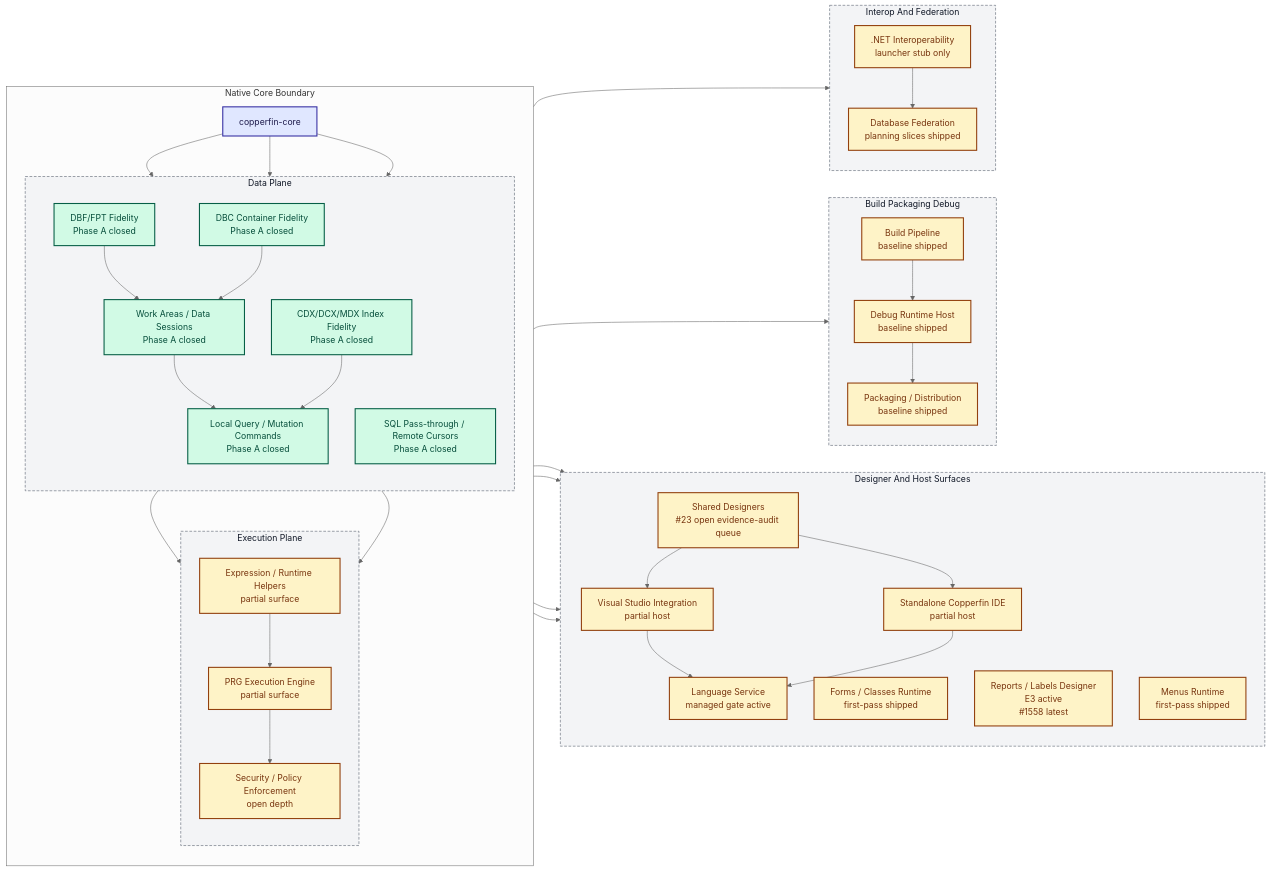
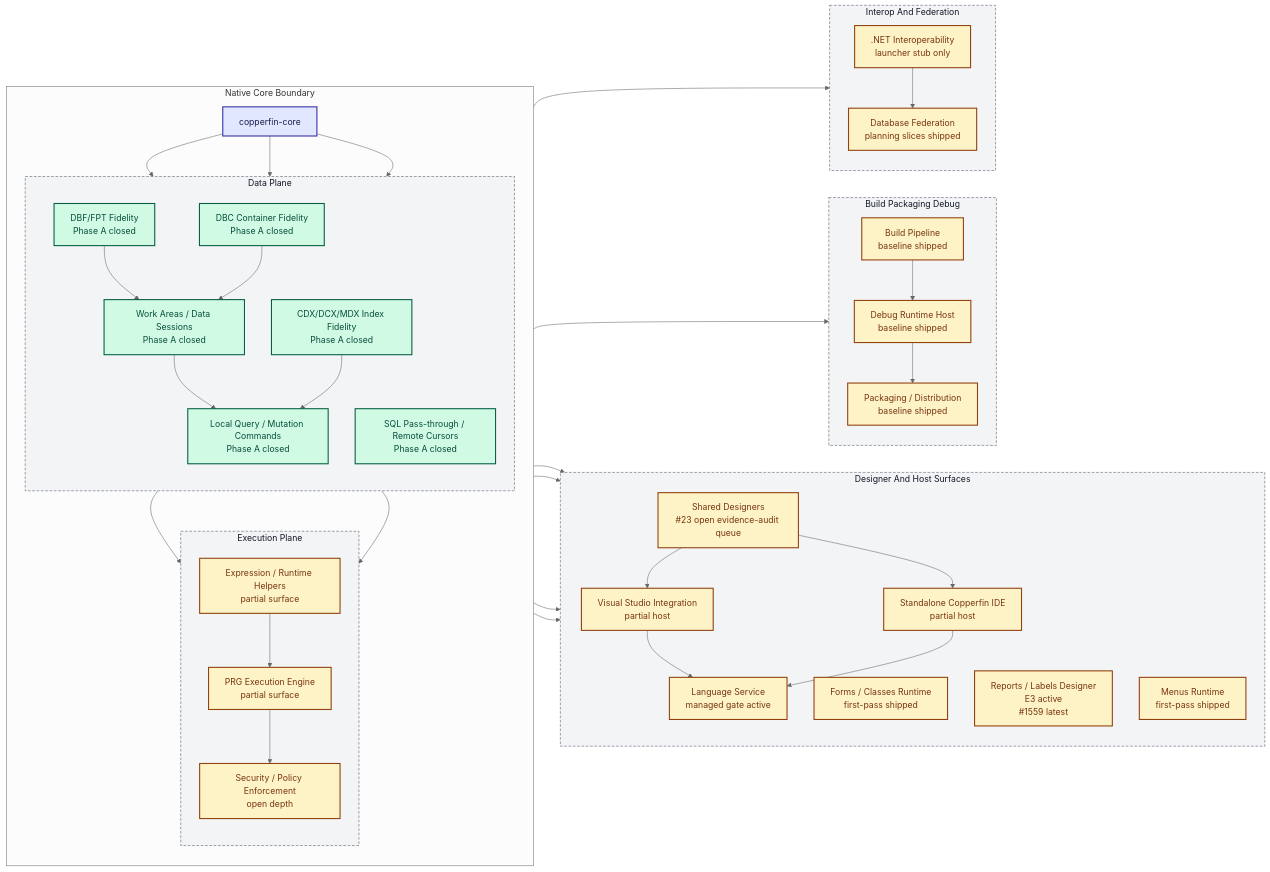
Before and after one commit to rhamenator/Project-Copperfin: the diagram in docs/02-architecture.md, drawn with Mermaid (neutral theme). The commit also changed 6 other files, not shown here.

```diff
--- a/docs/02-architecture.md
+++ b/docs/02-architecture.md
@@ -36,7 +36,7 @@
         direction TB
         DES["Shared Designers<br/>#23 open evidence-audit queue"]
         FORMS["Forms / Classes Runtime<br/>first-pass shipped"]
-        RPT["Reports / Labels Designer<br/>E3 active<br/>#1558 latest"]
+        RPT["Reports / Labels Designer<br/>E3 active<br/>#1559 latest"]
         MENU["Menus Runtime<br/>first-pass shipped"]
         VS["Visual Studio Integration<br/>partial host"]
         IDE["Standalone Copperfin IDE<br/>partial host"]
```
